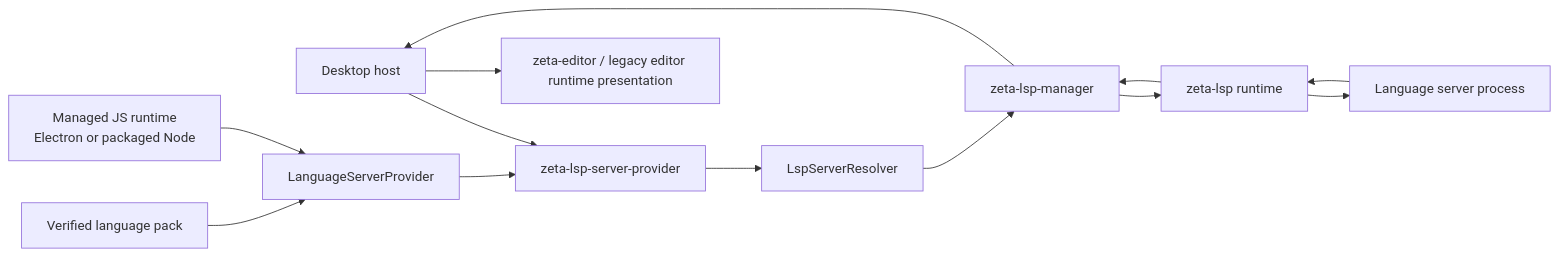
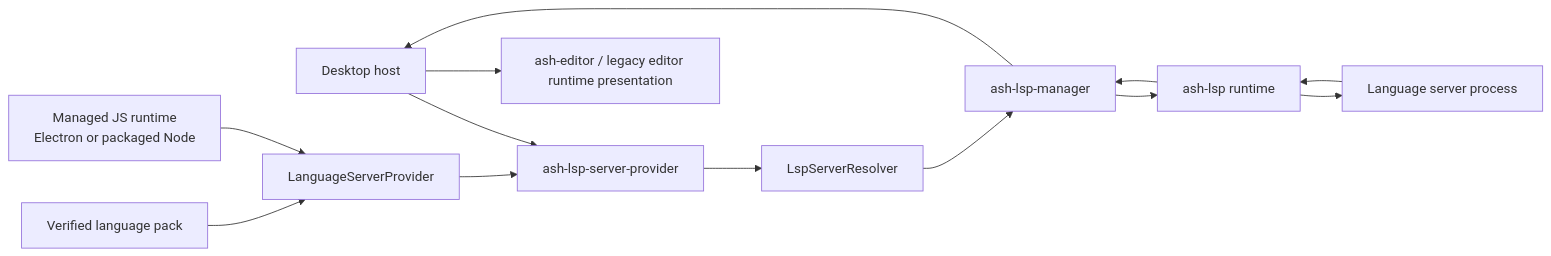
One commit to chogng/zeta changed the diagram in docs/lsp.md. Above: the diagram before and after it, drawn with Mermaid. The commit also changed other lines of this file and 7718 other files, not shown here.

Commit message:
refactor: rename zeta to ash

````diff
--- a/docs/lsp.md
+++ b/docs/lsp.md
@@ -45,15 +45,15 @@
 ```mermaid
 flowchart LR
-    Host["Desktop host"] --> Providers["zeta-lsp-server-provider"]
+    Host["Desktop host"] --> Providers["ash-lsp-server-provider"]
     Pack["Verified language pack"] --> Provider["LanguageServerProvider"]
     Node["Managed JS runtime<br/>Electron or packaged Node"] --> Provider
     Provider --> Providers
     Providers --> Resolver["LspServerResolver"]
-    Resolver --> Manager["zeta-lsp-manager"]
-    Manager --> Runtime["zeta-lsp runtime"]
+    Resolver --> Manager["ash-lsp-manager"]
+    Manager --> Runtime["ash-lsp runtime"]
     Runtime --> Server["Language server process"]
     Server --> Runtime
     Runtime --> Manager
     Manager --> Host
-    Host --> Editor["zeta-editor / legacy editor runtime presentation"]
+    Host --> Editor["ash-editor / legacy editor runtime presentation"]
 ```
````
